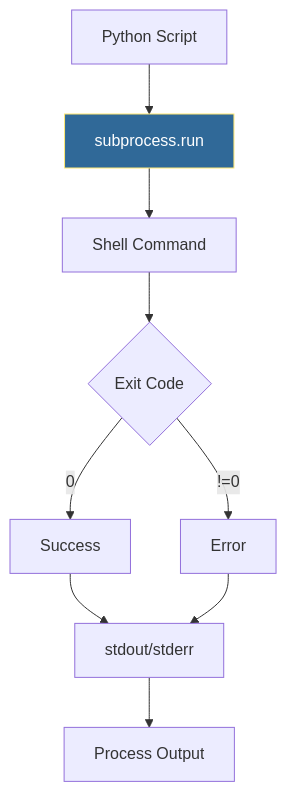
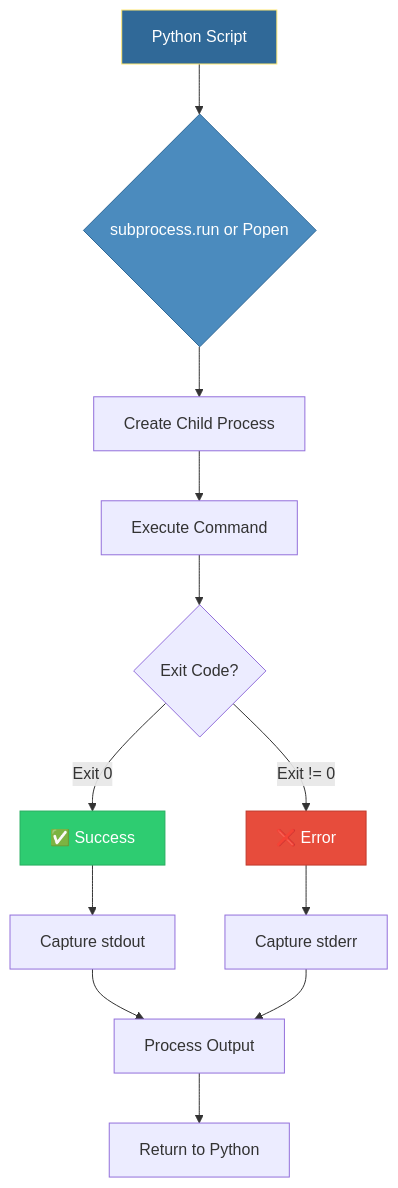
The first of 3 diagrams in 1-Beginner/02-Phase-2/01-Automation/02-Python-Basics/10-Subprocess-Module/README.md (Ganil151/Devops), drawn with Mermaid before and after one commit. The commit also changed other lines of this file and 74 other files, not shown here.

````diff
--- a/1-Beginner/02-Phase-2/01-Automation/02-Python-Basics/10-Subprocess-Module/README.md
+++ b/1-Beginner/02-Phase-2/01-Automation/02-Python-Basics/10-Subprocess-Module/README.md
@@ -19,13 +20,23 @@
 ```mermaid
 flowchart TD
-    A[Python Script] --> B[subprocess.run]
-    B --> C[Shell Command]
-    C --> D{Exit Code}
-    D -->|0| E[Success]
-    D -->|!=0| F[Error]
-    E --> G[stdout/stderr]
-    F --> G
-    G --> H[Process Output]
+    A[Python Script] --> B{subprocess.run or Popen}
     
-    style B fill:#306998,stroke:#ffe873,color:#fff
+    B --> C[Create Child Process]
+    C --> D[Execute Command]
+    D --> E{Exit Code?}
+    
+    E -->|Exit 0| F[✅ Success]
+    E -->|Exit != 0| G[❌ Error]
+    
+    F --> H[Capture stdout]
+    G --> I[Capture stderr]
+    
+    H --> J[Process Output]
+    I --> J
+    J --> K[Return to Python]
+    
+    style A fill:#306998,stroke:#ffe873,color:#fff
+    style B fill:#4b8bbe,stroke:#306998,color:#fff
+    style F fill:#2ecc71,stroke:#27ae60,color:#fff
+    style G fill:#e74c3c,stroke:#c0392b,color:#fff
 ```
````
